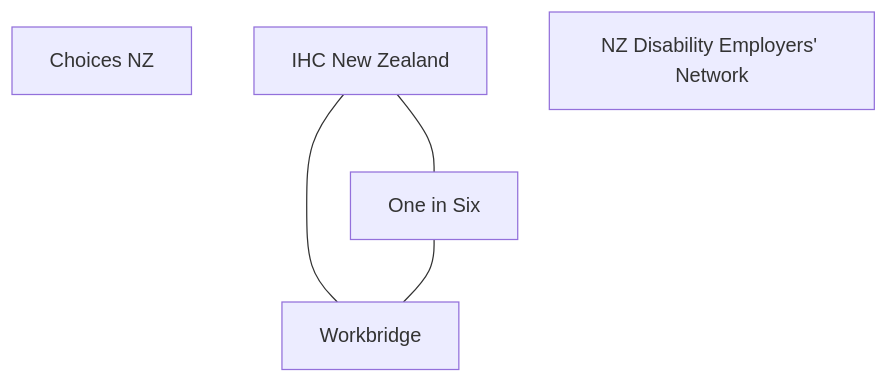
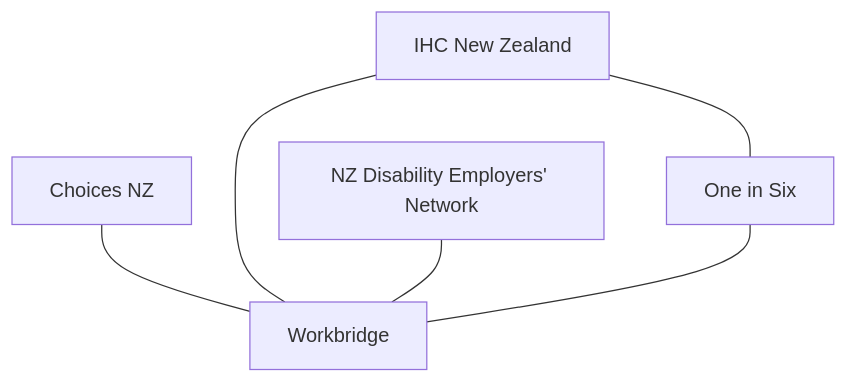
Before and after one commit to olitreadwell/nz-tech-for-good: diagram 16 of 24 in GUIDE.md, drawn with Mermaid. The commit also changed other lines of this file and 19 other files, not shown here.

````diff
--- a/GUIDE.md
+++ b/GUIDE.md
@@ -342,11 +344,13 @@
 ```mermaid
 flowchart TD
     n_ChoicesNZ["Choices NZ"]
     n_IHCNewZealand["IHC New Zealand"]
     n_NZDisabilityEmployersNet["NZ Disability Employers' Network"]
     n_OneinSix["One in Six"]
     n_Workbridge["Workbridge"]
+    n_ChoicesNZ --- n_Workbridge
     n_IHCNewZealand --- n_OneinSix
     n_IHCNewZealand --- n_Workbridge
+    n_NZDisabilityEmployersNet --- n_Workbridge
     n_OneinSix --- n_Workbridge
 ```
````
